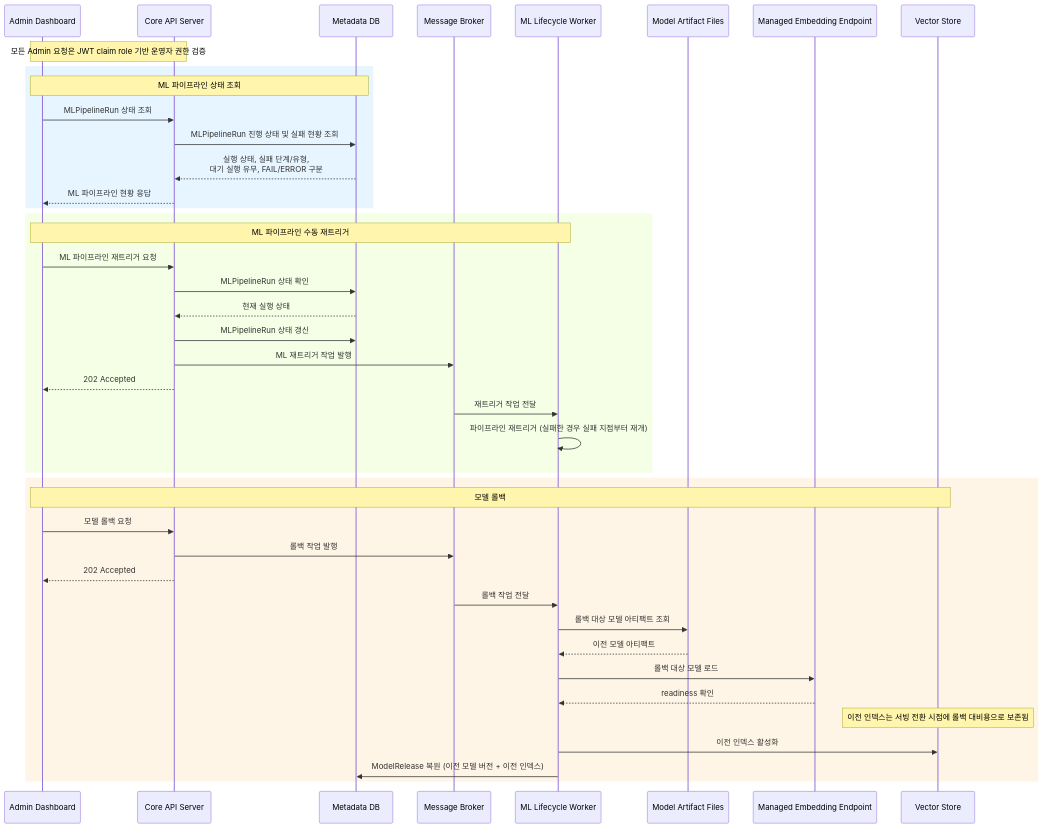
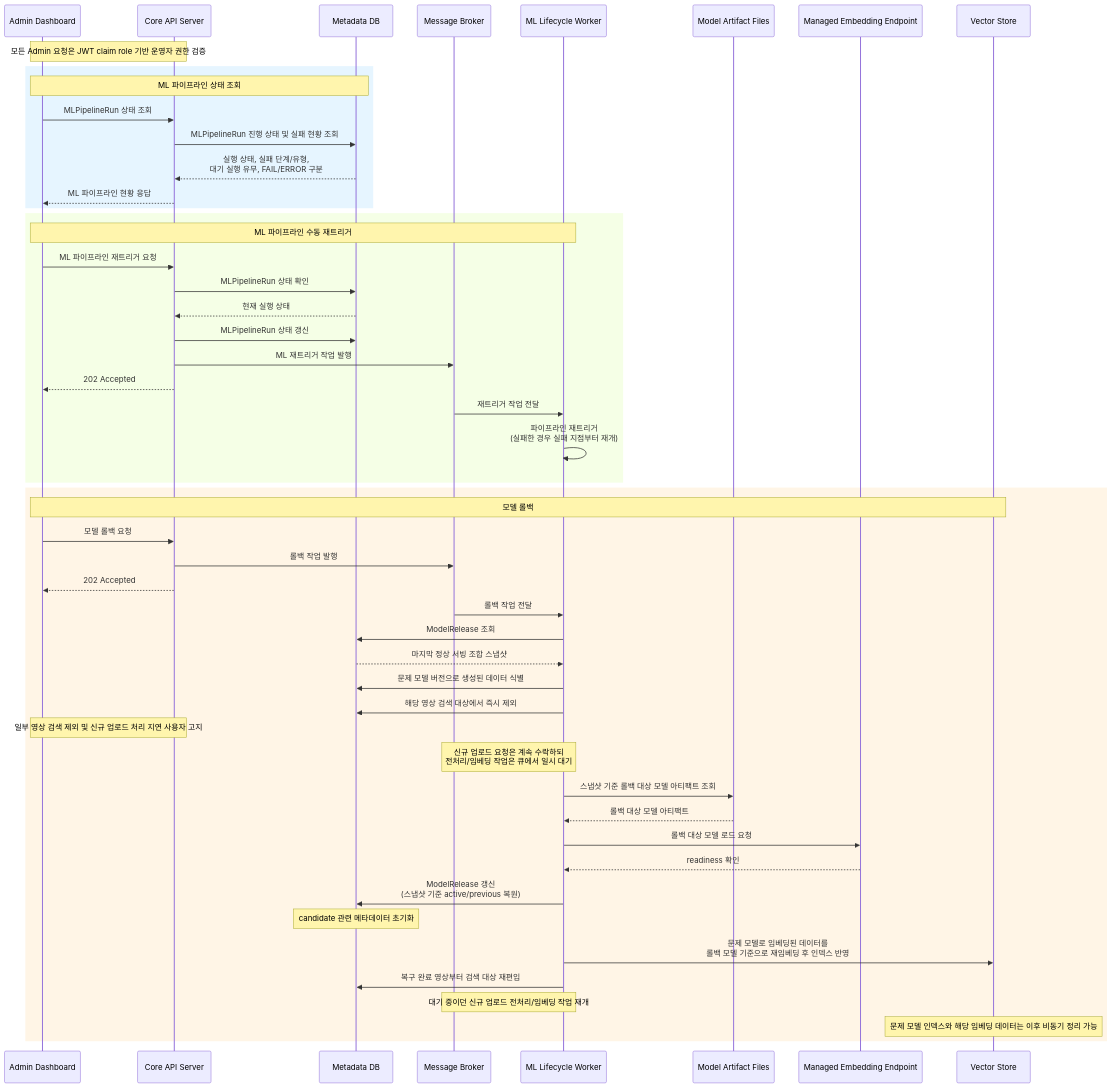
Before and after one commit to f-lab-edu/Biblio: the sixth of 6 diagrams in docs/Diagram/sequence_diagram/SD_Mermaid.md, drawn with Mermaid. The commit also changed other lines of this file and 15 other files, not shown here.

Commit message:
docs: system desgin, diagram 브랜치 변경사항 반영

````diff
--- a/docs/Diagram/sequence_diagram/SD_Mermaid.md
+++ b/docs/Diagram/sequence_diagram/SD_Mermaid.md
@@ -279,52 +288,67 @@
 ```mermaid
+
 sequenceDiagram
     participant Admin as Admin Dashboard
     participant CoreAPI as Core API Server
     participant MetaDB as Metadata DB
     participant Broker as Message Broker
     participant MLWorker as ML Lifecycle Worker
     participant ModelFiles as Model Artifact Files
     participant MEE as Managed Embedding Endpoint
     participant VS as Vector Store
 
     Note over Admin, CoreAPI: 모든 Admin 요청은 JWT claim role 기반 운영자 권한 검증
 
     %% === ML 파이프라인 상태 조회 ===
     rect rgb(230, 245, 255)
-    Note over Admin, MetaDB: ML 파이프라인 상태 조회 
-    Admin ->> CoreAPI: MLPipelineRun 상태 조회 
+    Note over Admin, MetaDB: ML 파이프라인 상태 조회
+    Admin ->> CoreAPI: MLPipelineRun 상태 조회
     CoreAPI ->> MetaDB: MLPipelineRun 진행 상태 및 실패 현황 조회
     MetaDB -->> CoreAPI: 실행 상태, 실패 단계/유형,<br/>대기 실행 유무, FAIL/ERROR 구분
     CoreAPI -->> Admin: ML 파이프라인 현황 응답
     end
 
     %% === ML 파이프라인 수동 재트리거 ===
     rect rgb(245, 255, 230)
-    Note over Admin, MLWorker: ML 파이프라인 수동 재트리거 
-    Admin ->> CoreAPI: ML 파이프라인 재트리거 요청 
+    Note over Admin, MLWorker: ML 파이프라인 수동 재트리거
+    Admin ->> CoreAPI: ML 파이프라인 재트리거 요청
     CoreAPI ->> MetaDB: MLPipelineRun 상태 확인
     MetaDB -->> CoreAPI: 현재 실행 상태
     CoreAPI ->> MetaDB: MLPipelineRun 상태 갱신
     CoreAPI ->> Broker: ML 재트리거 작업 발행
     CoreAPI -->> Admin: 202 Accepted
     Broker ->> MLWorker: 재트리거 작업 전달
-    MLWorker ->> MLWorker: 파이프라인 재트리거 (실패한 경우 실패 지점부터 재개)
+    MLWorker ->> MLWorker: 파이프라인 재트리거<br/>(실패한 경우 실패 지점부터 재개)
     end
 
     %% === 모델 롤백 ===
     rect rgb(255, 245, 230)
-    Note over Admin, VS: 모델 롤백 
-    Admin ->> CoreAPI: 모델 롤백 요청 
+    Note over Admin, VS: 모델 롤백
+    Admin ->> CoreAPI: 모델 롤백 요청
     CoreAPI ->> Broker: 롤백 작업 발행
     CoreAPI -->> Admin: 202 Accepted
     Broker ->> MLWorker: 롤백 작업 전달
-    MLWorker ->> ModelFiles: 롤백 대상 모델 아티팩트 조회
-    ModelFiles -->> MLWorker: 이전 모델 아티팩트
-    MLWorker ->> MEE: 롤백 대상 모델 로드
+
+    MLWorker ->> MetaDB: ModelRelease 조회
+    MetaDB -->> MLWorker: 마지막 정상 서빙 조합 스냅샷
+
+    MLWorker ->> MetaDB: 문제 모델 버전으로 생성된 데이터 식별
+    MLWorker ->> MetaDB: 해당 영상 검색 대상에서 즉시 제외
+    Note over Admin, CoreAPI: 일부 영상 검색 제외 및 신규 업로드 처리 지연 사용자 고지
+    Note over Broker, MLWorker: 신규 업로드 요청은 계속 수락하되<br/>전처리/임베딩 작업은 큐에서 일시 대기
+
+    MLWorker ->> ModelFiles: 스냅샷 기준 롤백 대상 모델 아티팩트 조회
+    ModelFiles -->> MLWorker: 롤백 대상 모델 아티팩트
+    MLWorker ->> MEE: 롤백 대상 모델 로드 요청
     MEE -->> MLWorker: readiness 확인
-    Note over VS: 이전 인덱스는 서빙 전환 시점에 롤백 대비용으로 보존됨
-    MLWorker ->> VS: 이전 인덱스 활성화
-    MLWorker ->> MetaDB: ModelRelease 복원 (이전 모델 버전 + 이전 인덱스)
+
+    MLWorker ->> MetaDB: ModelRelease 갱신<br/>(스냅샷 기준 active/previous 복원)
+    Note over MetaDB: candidate 관련 메타데이터 초기화
+
+    MLWorker ->> VS: 문제 모델로 임베딩된 데이터를<br/>롤백 모델 기준으로 재임베딩 후 인덱스 반영
+    MLWorker ->> MetaDB: 복구 완료 영상부터 검색 대상 재편입
+    Note over Broker, MLWorker: 대기 중이던 신규 업로드 전처리/임베딩 작업 재개
+    Note over VS: 문제 모델 인덱스와 해당 임베딩 데이터는 이후 비동기 정리 가능
     end
 
 ```
````
